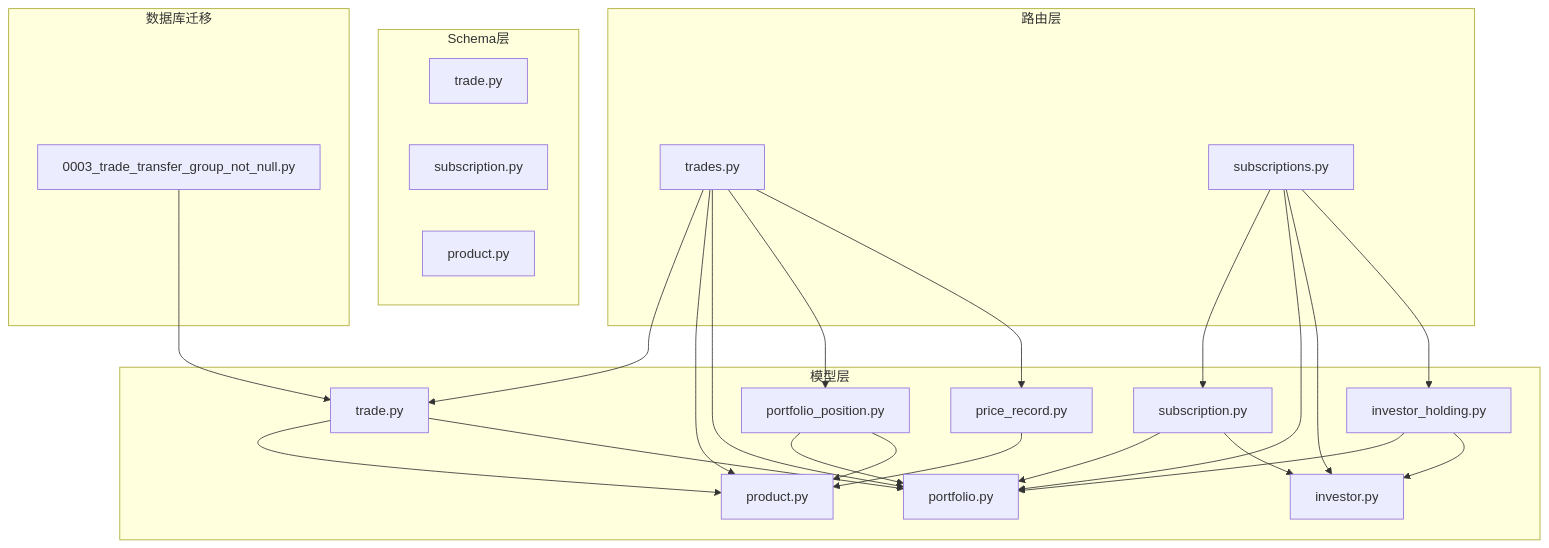
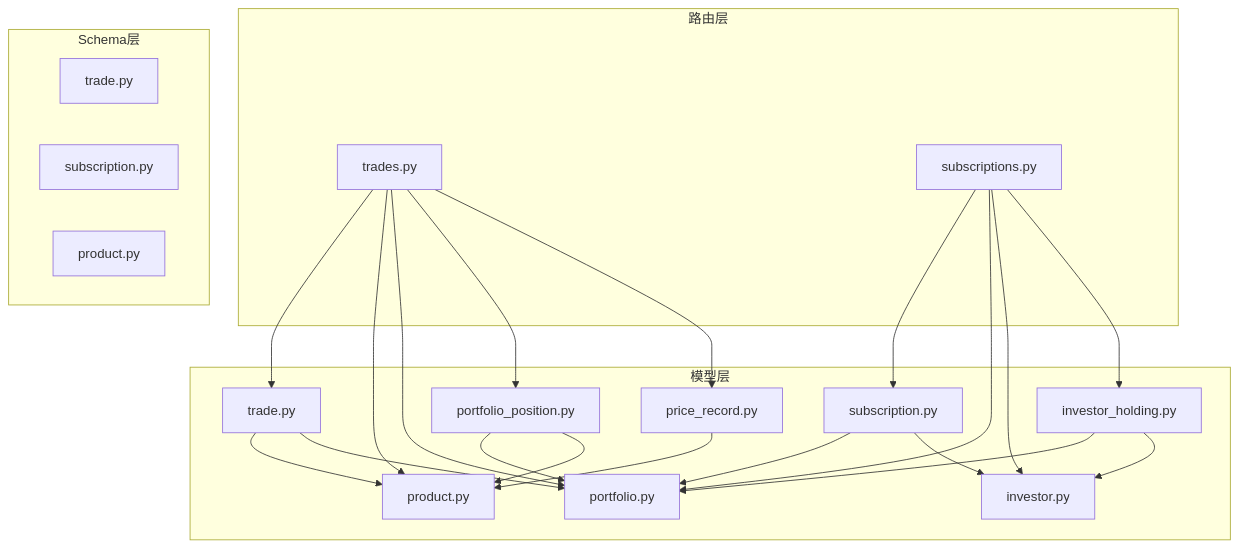
The first of 6 diagrams in .qoder/repowiki/zh/content/数据库设计/核心业务表结构/交易与订单管理表.md (gujialind/InvestRing), drawn with Mermaid before and after one commit. The commit also changed other lines of this file and 65 other files, not shown here.

````diff
--- a/.qoder/repowiki/zh/content/数据库设计/核心业务表结构/交易与订单管理表.md
+++ b/.qoder/repowiki/zh/content/数据库设计/核心业务表结构/交易与订单管理表.md
@@ -63,44 +52,40 @@
 ```mermaid
 graph TB
 subgraph "模型层"
 M1["trade.py"]
 M2["subscription.py"]
 M3["price_record.py"]
 M4["product.py"]
 M5["portfolio.py"]
 M6["portfolio_position.py"]
 M7["investor.py"]
 M8["investor_holding.py"]
 end
 subgraph "路由层"
 R1["trades.py"]
 R2["subscriptions.py"]
 end
 subgraph "Schema层"
 S1["trade.py"]
 S2["subscription.py"]
 S3["product.py"]
 end
-subgraph "数据库迁移"
-A1["0003_trade_transfer_group_not_null.py"]
-end
 R1 --> M1
 R1 --> M4
 R1 --> M5
 R1 --> M6
 R1 --> M3
 R2 --> M2
 R2 --> M5
 R2 --> M7
 R2 --> M8
 M1 --> M4
 M1 --> M5
 M2 --> M5
 M2 --> M7
 M3 --> M4
 M6 --> M5
 M6 --> M4
 M8 --> M5
 M8 --> M7
-A1 --> M1
 ```
````
